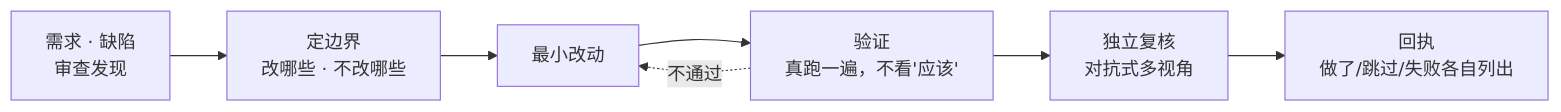
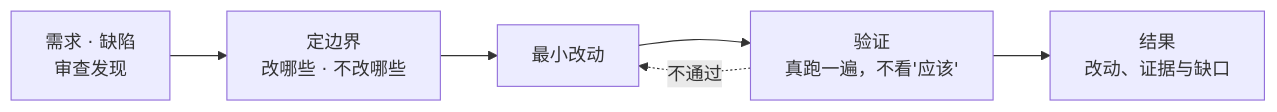
Before and after one commit to soia-team/soia-open-dev-skills: the diagram in README.md, drawn with Mermaid. The commit also changed other lines of this file and 25 other files, not shown here.

````diff
--- a/README.md
+++ b/README.md
@@ -29,9 +28,8 @@
 ```mermaid
 flowchart LR
     A["需求 · 缺陷<br/>审查发现"] --> B["定边界<br/>改哪些 · 不改哪些"]
     B --> C["最小改动"]
     C --> D["验证<br/>真跑一遍，不看'应该'"]
-    D --> E["独立复核<br/>对抗式多视角"]
-    E --> F["回执<br/>做了/跳过/失败各自列出"]
+    D --> E["结果<br/>改动、证据与缺口"]
     D -.不通过.-> C
 ```
````
